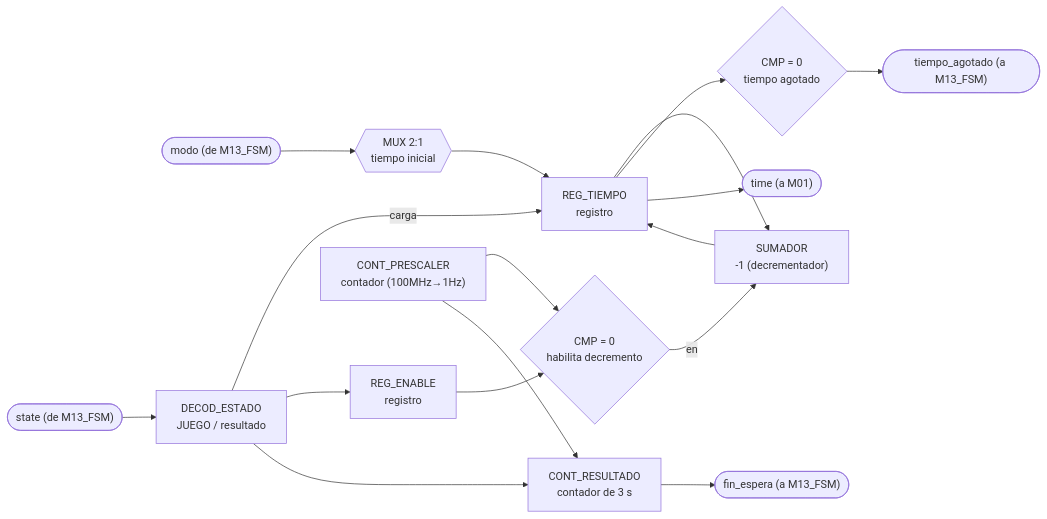
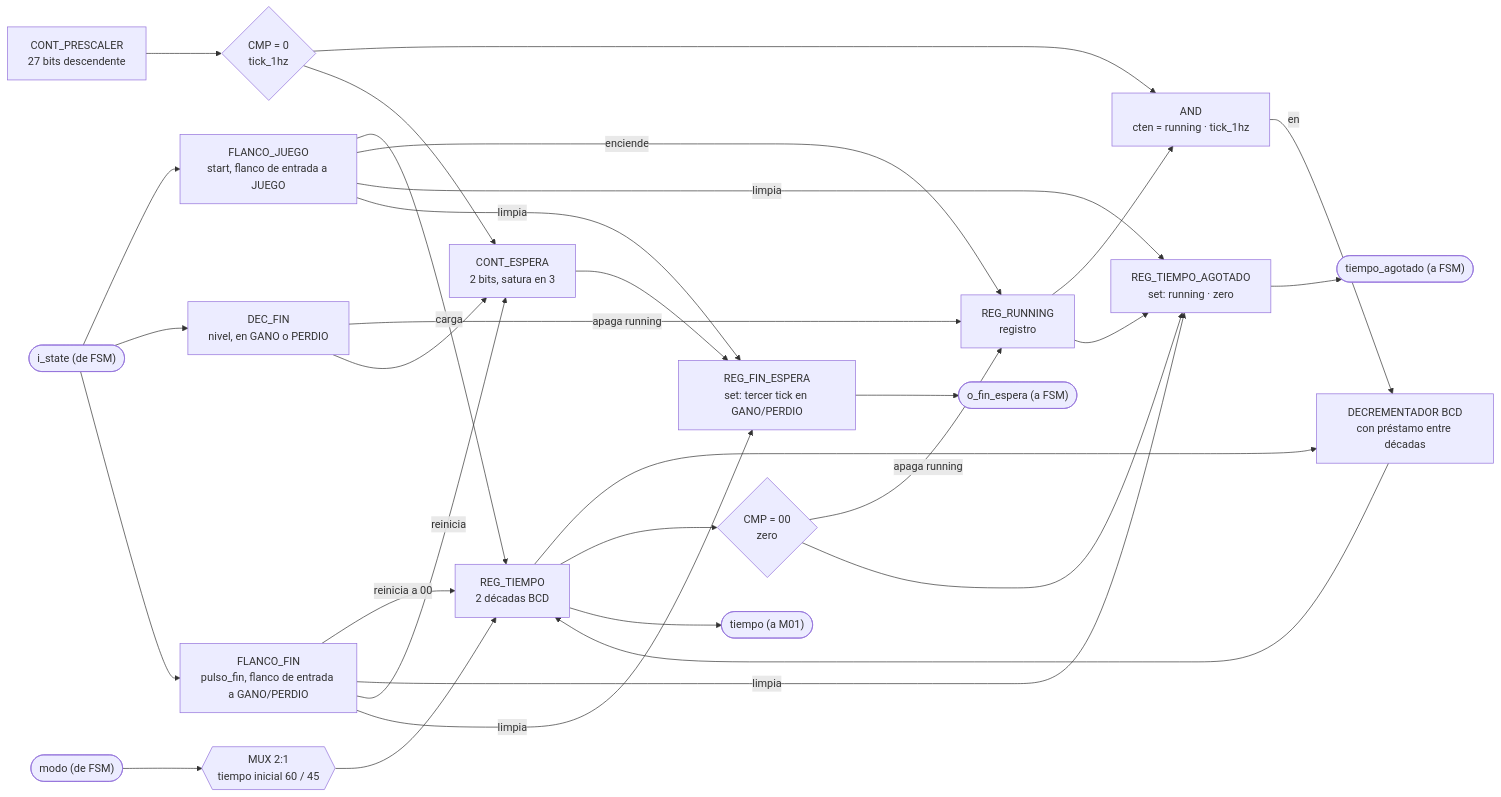
The fourth of 14 diagrams in docs/diseño/diagramas/nivel03.md (Taller-de-diseno-digital-GR01/Proyecto-2-Ahorcado), drawn with Mermaid before and after one commit. The commit also changed other lines of this file and 7 other files, not shown here.

````diff
--- a/docs/diseño/diagramas/nivel03.md
+++ b/docs/diseño/diagramas/nivel03.md
@@ -214,19 +214,33 @@
 ```mermaid
 flowchart LR
-    IN_MODO(["modo (de M13_FSM)"]) --> MUX1{{"MUX 2:1<br/>tiempo inicial"}}
-    MUX1 --> REG_T["REG_TIEMPO<br/>registro"]
-    IN_STATE(["state (de M13_FSM)"]) --> DEC_ST["DECOD_ESTADO<br/>JUEGO / resultado"]
-    DEC_ST -->|carga| REG_T
-    DEC_ST --> REG_EN["REG_ENABLE<br/>registro"]
-    CNT_PRE["CONT_PRESCALER<br/>contador (100MHz→1Hz)"] --> CMP1{"CMP = 0<br/>habilita decremento"}
-    REG_EN --> CMP1
-    CMP1 -->|en| SUB1["SUMADOR<br/>-1 (decrementador)"]
+    IN_STATE(["i_state (de FSM)"]) --> DECJ["FLANCO_JUEGO<br/>start, flanco de entrada a JUEGO"]
+    IN_STATE --> DECFN["DEC_FIN<br/>nivel, en GANO o PERDIO"]
+    IN_STATE --> DECF["FLANCO_FIN<br/>pulso_fin, flanco de entrada a GANO/PERDIO"]
+    DECJ -->|"carga"| REG_T["REG_TIEMPO<br/>2 décadas BCD"]
+    DECJ -->|"enciende"| REG_RUN["REG_RUNNING<br/>registro"]
+    DECFN -->|"apaga running"| REG_RUN
+    DECF -->|"reinicia a 00"| REG_T
+    IN_MODO(["modo (de FSM)"]) --> MUX1{{"MUX 2:1<br/>tiempo inicial 60 / 45"}}
+    MUX1 --> REG_T
+    CNT_PRE["CONT_PRESCALER<br/>27 bits descendente"] --> CMP0{"CMP = 0<br/>tick_1hz"}
+    CMP0 --> AND_EN["AND<br/>cten = running · tick_1hz"]
+    REG_RUN --> AND_EN
+    AND_EN -->|en| SUB1["DECREMENTADOR BCD<br/>con préstamo entre décadas"]
     REG_T --> SUB1
     SUB1 --> REG_T
-    REG_T --> CMP2{"CMP = 0<br/>tiempo agotado"}
-    CMP2 --> OUT_FIN(["tiempo_agotado (a M13_FSM)"])
-    REG_T --> OUT_TIME(["time (a M01)"])
-    DEC_ST --> CNT_3S["CONT_RESULTADO<br/>contador de 3 s"]
-    CNT_PRE --> CNT_3S
-    CNT_3S --> OUT_ESP(["fin_espera (a M13_FSM)"])
+    REG_T --> CMP2{"CMP = 00<br/>zero"}
+    CMP2 -->|"apaga running"| REG_RUN
+    CMP2 --> REG_TA["REG_TIEMPO_AGOTADO<br/>set: running · zero"]
+    REG_RUN --> REG_TA
+    DECJ -->|"limpia"| REG_TA
+    DECF -->|"limpia"| REG_TA
+    REG_TA --> OUT_FIN(["tiempo_agotado (a FSM)"])
+    REG_T --> OUT_TIME(["tiempo (a M01)"])
+    DECF -->|"reinicia"| CNT_ESPERA["CONT_ESPERA<br/>2 bits, satura en 3"]
+    DECFN --> CNT_ESPERA
+    CMP0 --> CNT_ESPERA
+    CNT_ESPERA --> REG_FE["REG_FIN_ESPERA<br/>set: tercer tick en GANO/PERDIO"]
+    DECJ -->|"limpia"| REG_FE
+    DECF -->|"limpia"| REG_FE
+    REG_FE --> OUT_ESPERA(["o_fin_espera (a FSM)"])
 ```
````
